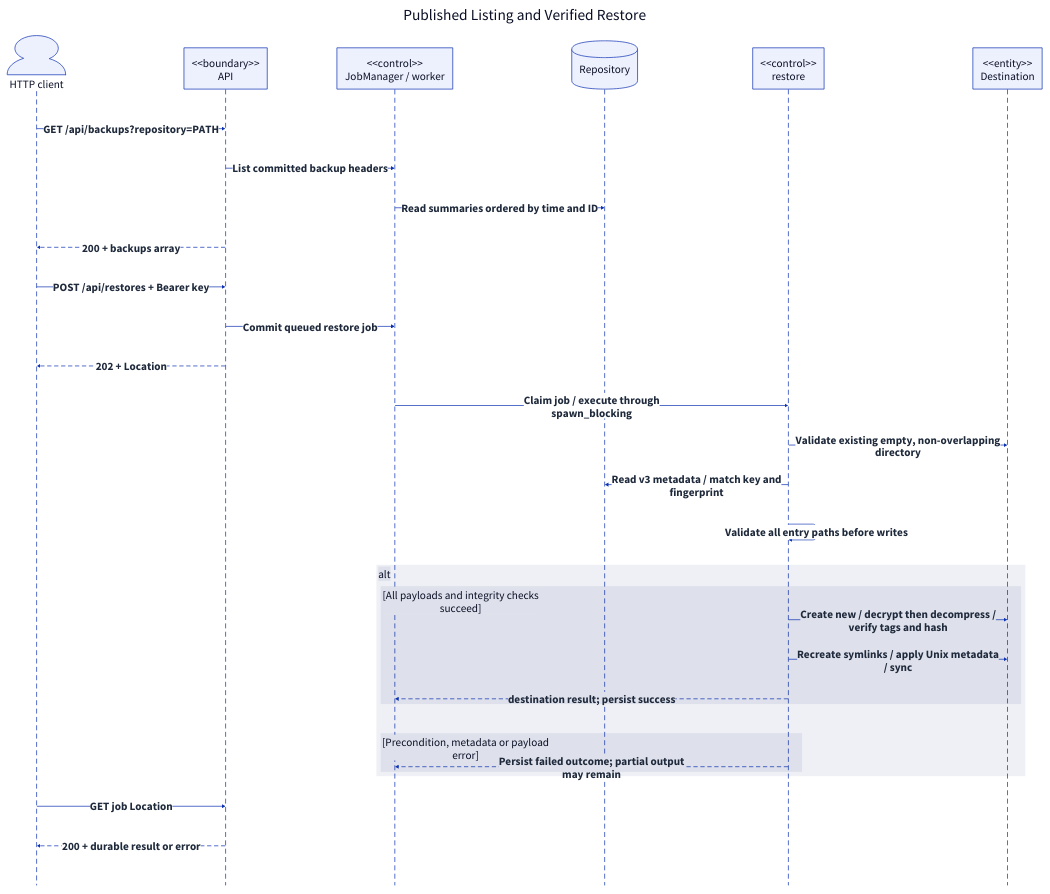
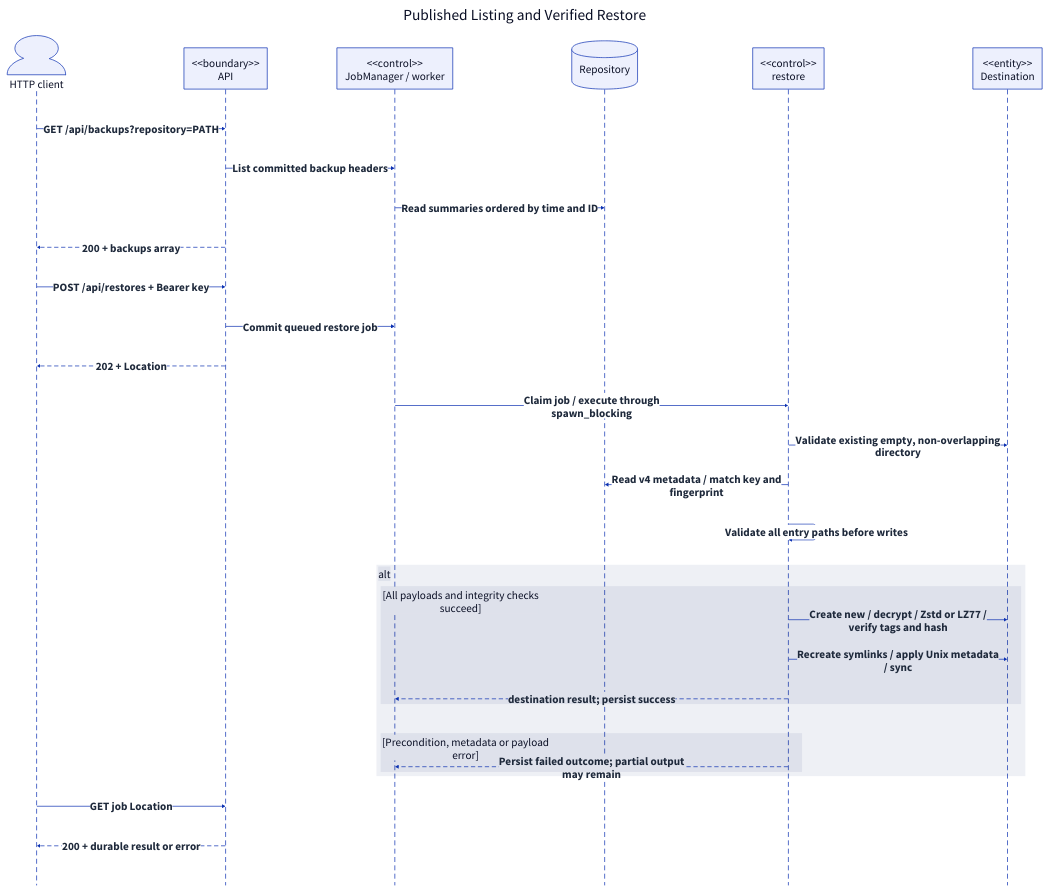
The diagram in docs/report/generated/system-sequence-restore.d2 (qi7876/software-development-exp), drawn with D2 before and after one commit. The commit also changed 40 other files, not shown here.

```diff
--- a/docs/report/generated/system-sequence-restore.d2
+++ b/docs/report/generated/system-sequence-restore.d2
@@ -1,41 +1,41 @@
 # Generated from docs/report/model.yaml; do not edit directly.
 direction: down
 **.style.font-size: 32
 (** -> **)[*].style: {font-size: 32; bold: true; italic: false; font-color: "#1E293B"}
 (** -- **)[*].style: {font-size: 32; bold: true; italic: false; font-color: "#1E293B"}
 (** <- **)[*].style: {font-size: 32; bold: true; italic: false; font-color: "#1E293B"}
 diagram: "Published Listing and Verified Restore" {
   style.font-size: 44
   style.fill: white
   style.stroke: transparent
   shape: sequence_diagram
   Client: "HTTP client" {shape: person}
   API: "<<boundary>>\nAPI" {shape: rectangle}
   Jobs: "<<control>>\nJobManager / worker" {shape: rectangle}
   Repo: "Repository" {shape: cylinder}
   Restore: "<<control>>\nrestore" {shape: rectangle}
   Dest: "<<entity>>\nDestination" {shape: rectangle}
   Client -> API: "GET /api/backups?repository=PATH"
   API -> Jobs: "List committed backup headers"
   Jobs -> Repo: "Read summaries ordered by time and ID"
   API -> Client: "200 + backups array" {style.stroke-dash: 5}
   Client -> API: "POST /api/restores + Bearer key"
   API -> Jobs: "Commit queued restore job"
   API -> Client: "202 + Location" {style.stroke-dash: 5}
   Jobs -> Restore: "Claim job / execute through\nspawn_blocking"
   Restore -> Dest: "Validate existing empty, non-overlapping\ndirectory"
-  Restore -> Repo: "Read v3 metadata / match key and\nfingerprint"
+  Restore -> Repo: "Read v4 metadata / match key and\nfingerprint"
   Restore -> Restore: "Validate all entry paths before writes"
   fragment_11: alt {
     branch_11: "[All payloads and integrity checks\nsucceed]" {
-      Restore -> Dest: "Create new / decrypt then decompress /\nverify tags and hash"
+      Restore -> Dest: "Create new / decrypt / Zstd or LZ77 /\nverify tags and hash"
       Restore -> Dest: "Recreate symlinks / apply Unix metadata\n/ sync"
       Restore -> Jobs: "destination result; persist success" {style.stroke-dash: 5}
     }
     branch_15: "[Precondition, metadata or payload\nerror]" {
       Restore -> Jobs: "Persist failed outcome; partial output\nmay remain" {style.stroke-dash: 5}
     }
   }
   Client -> API: "GET job Location"
   API -> Client: "200 + durable result or error" {style.stroke-dash: 5}
 }
```
